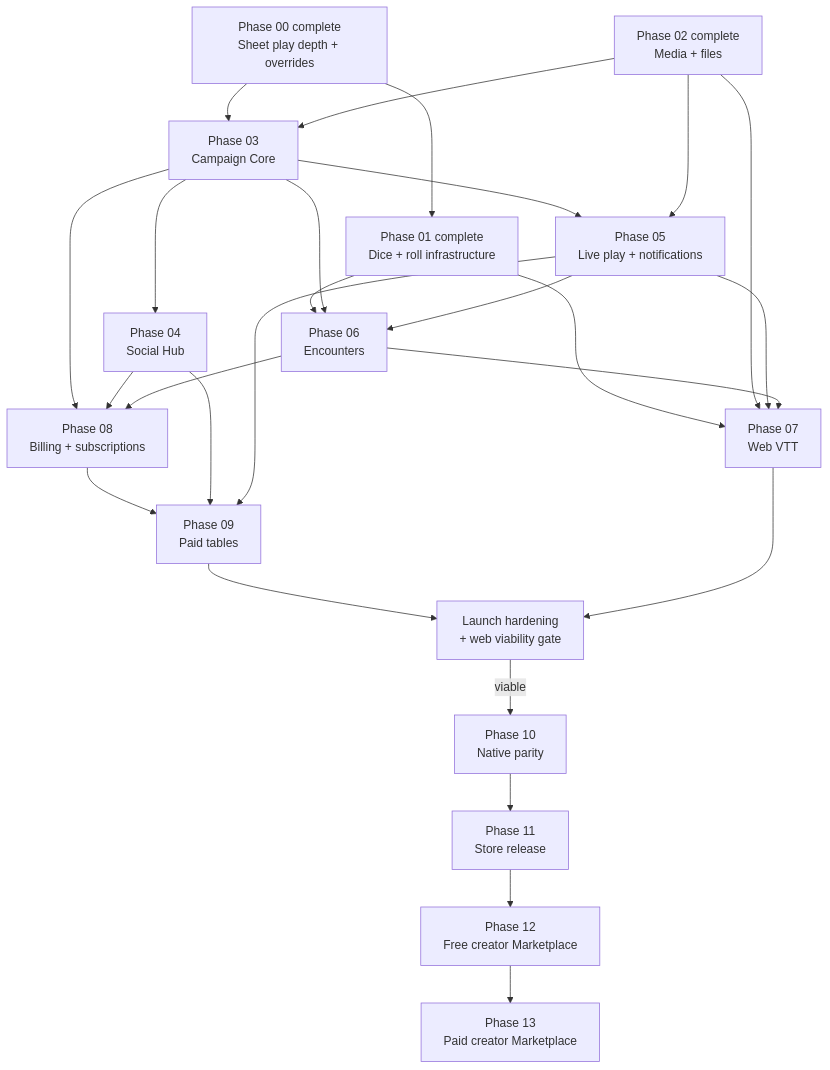
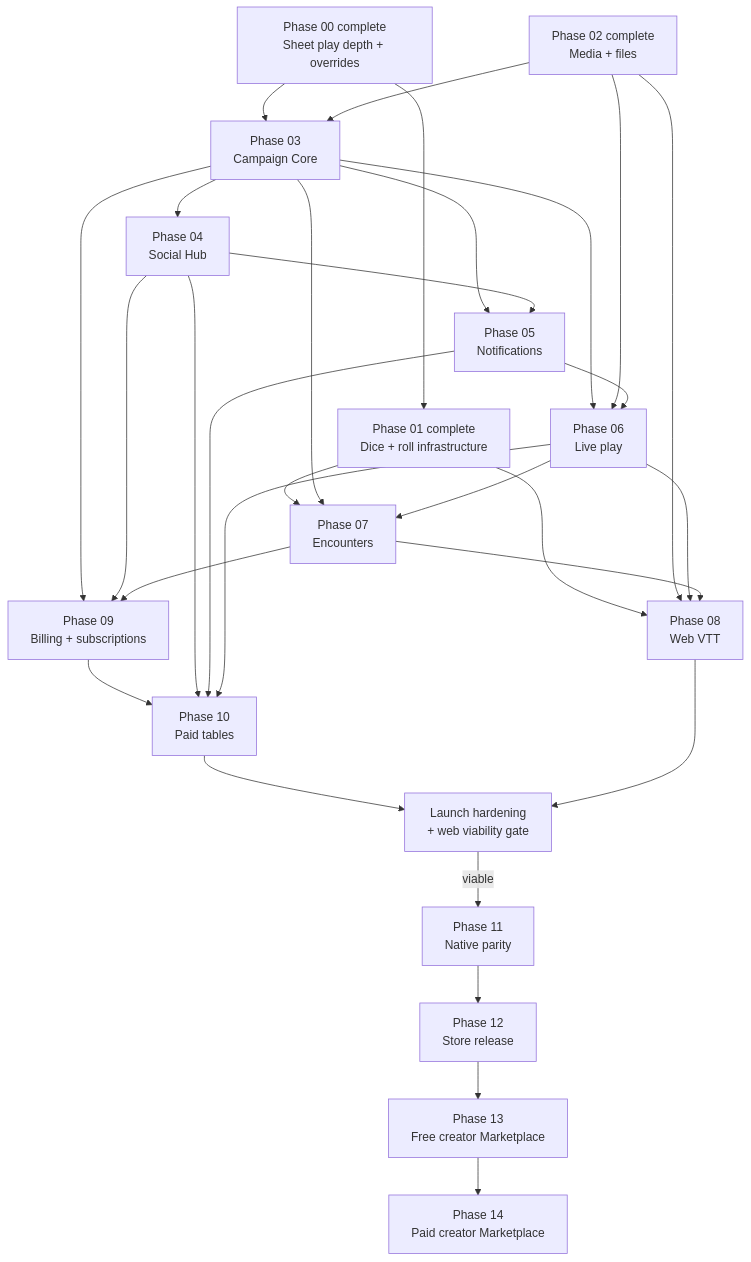
One commit to MPiland/artificer-toolkit changed the second of 2 diagrams in docs/roadmap/README.md. Above: the diagram before and after it, drawn with Mermaid. The commit also changed other lines of this file and 290 other files, not shown here.

Commit message:
Refactor authoring forms and shared UI flows

````diff
--- a/docs/roadmap/README.md
+++ b/docs/roadmap/README.md
@@ -127,28 +133,32 @@
 ```mermaid
 flowchart TD
   P0["Phase 00 complete<br/>Sheet play depth + overrides"] --> P1["Phase 01 complete<br/>Dice + roll infrastructure"]
   P0 --> P3["Phase 03<br/>Campaign Core"]
   P2["Phase 02 complete<br/>Media + files"] --> P3
   P3 --> P4["Phase 04<br/>Social Hub"]
-  P3 --> P5["Phase 05<br/>Live play + notifications"]
-  P2 --> P5
-  P1 --> P6["Phase 06<br/>Encounters"]
-  P3 --> P6
+  P3 --> P5["Phase 05<br/>Notifications"]
+  P4 --> P5
+  P3 --> P6["Phase 06<br/>Live play"]
+  P2 --> P6
   P5 --> P6
-  P1 --> P7["Phase 07<br/>Web VTT"]
-  P2 --> P7
-  P5 --> P7
+  P1 --> P7["Phase 07<br/>Encounters"]
+  P3 --> P7
   P6 --> P7
-  P3 --> P8["Phase 08<br/>Billing + subscriptions"]
-  P4 --> P8
+  P1 --> P8["Phase 08<br/>Web VTT"]
+  P2 --> P8
   P6 --> P8
-  P8 --> P9["Phase 09<br/>Paid tables"]
+  P7 --> P8
+  P3 --> P9["Phase 09<br/>Billing + subscriptions"]
   P4 --> P9
-  P5 --> P9
-  P9 --> Launch["Launch hardening<br/>+ web viability gate"]
-  P7 --> Launch
-  Launch -->|viable| P10["Phase 10<br/>Native parity"]
-  P10 --> P11["Phase 11<br/>Store release"]
-  P11 --> P12["Phase 12<br/>Free creator Marketplace"]
-  P12 --> P13["Phase 13<br/>Paid creator Marketplace"]
+  P7 --> P9
+  P9 --> P10["Phase 10<br/>Paid tables"]
+  P4 --> P10
+  P5 --> P10
+  P6 --> P10
+  P10 --> Launch["Launch hardening<br/>+ web viability gate"]
+  P8 --> Launch
+  Launch -->|viable| P11["Phase 11<br/>Native parity"]
+  P11 --> P12["Phase 12<br/>Store release"]
+  P12 --> P13["Phase 13<br/>Free creator Marketplace"]
+  P13 --> P14["Phase 14<br/>Paid creator Marketplace"]
 ```
````
